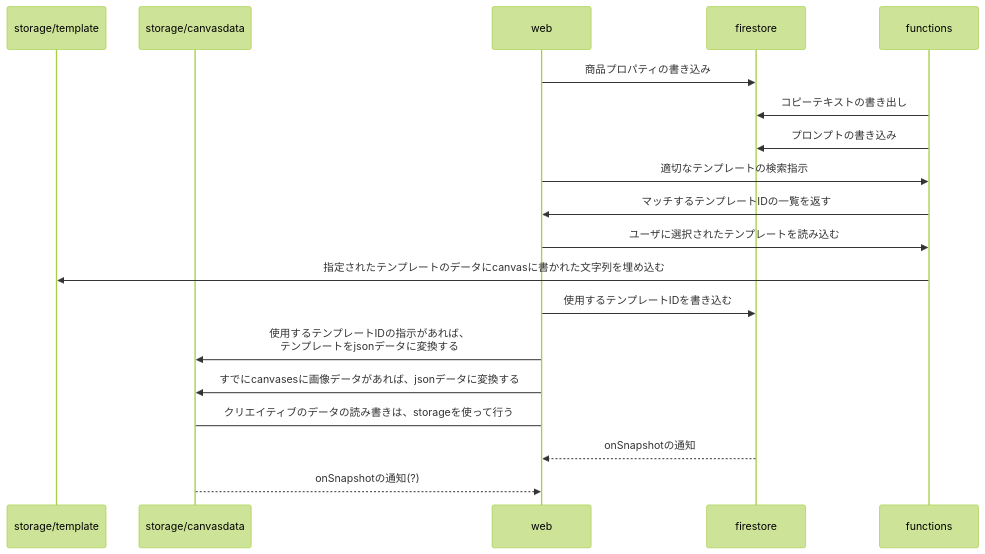
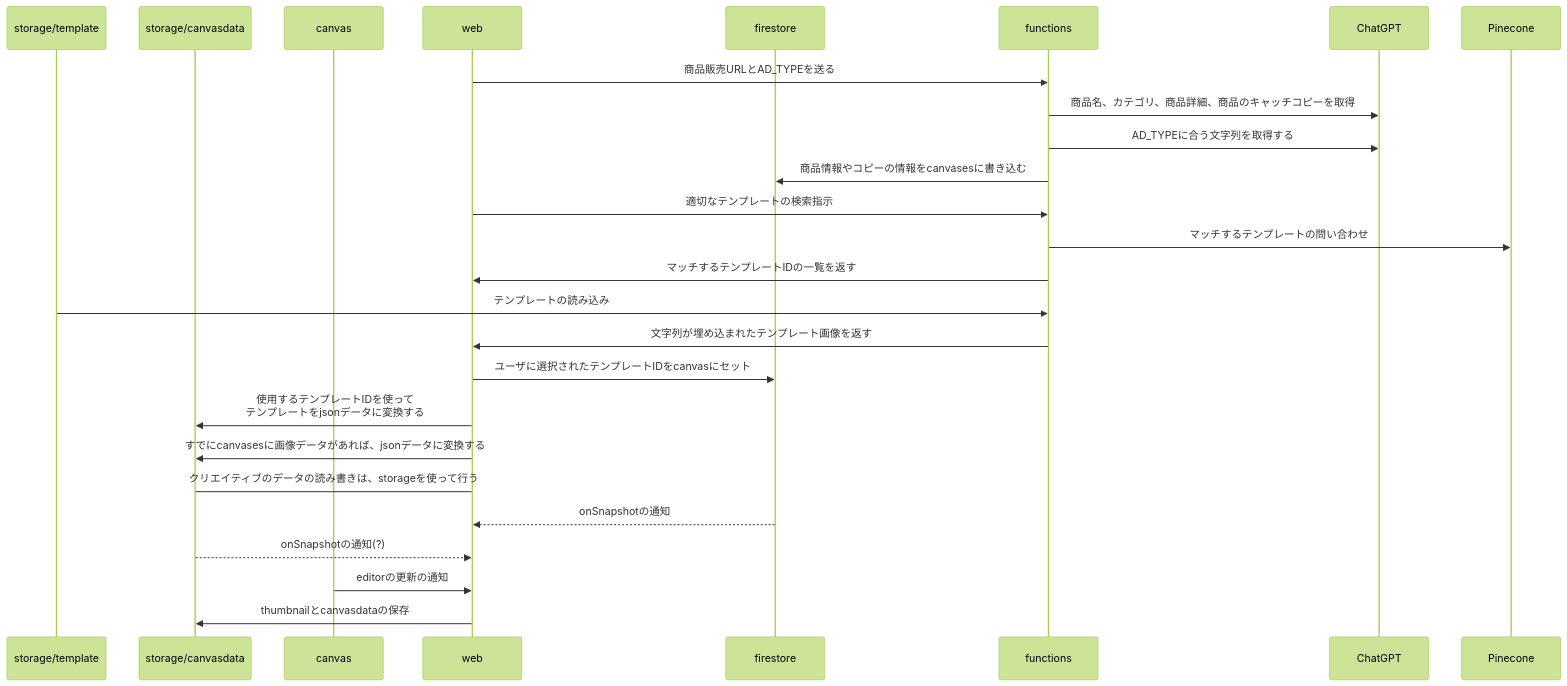
The diagram in README.md (tipo122/synapse-genius), drawn with Mermaid (forest theme) before and after one commit. The commit also changed 4 other files, not shown here.

````diff
--- a/README.md
+++ b/README.md
@@ -248,23 +248,30 @@
 ```mermaid
 sequenceDiagram
    participant storage/template
    participant storage/canvasdata
+   participant canvas
    participant web
    participant firestore
-   participant firestore
    participant functions
-   web->>firestore: 商品プロパティの書き込み
-   functions->>firestore: コピーテキストの書き出し
-   functions->>firestore: プロンプトの書き込み
+   participant ChatGPT
+   participant Pinecone
+   web->>functions: 商品販売URLとAD_TYPEを送る
+   functions->>ChatGPT: 商品名、カテゴリ、商品詳細、商品のキャッチコピーを取得
+   functions->>ChatGPT: AD_TYPEに合う文字列を取得する
+   functions->>firestore: 商品情報やコピーの情報をcanvasesに書き込む
    web->>functions: 適切なテンプレートの検索指示
+   functions->>Pinecone: マッチするテンプレートの問い合わせ
    functions->>web: マッチするテンプレートIDの一覧を返す
-   web->>functions: ユーザに選択されたテンプレートを読み込む
-   functions->>storage/template: 指定されたテンプレートのデータにcanvasに書かれた文字列を埋め込む
-   web->>firestore: 使用するテンプレートIDを書き込む
-   web->>storage/canvasdata: 使用するテンプレートIDの指示があれば、<br>テンプレートをjsonデータに変換する
+   storage/template->>functions: テンプレートの読み込み
+   functions->>web: 文字列が埋め込まれたテンプレート画像を返す
+   web->>firestore: ユーザに選択されたテンプレートIDをcanvasにセット
+   web->>storage/canvasdata: 使用するテンプレートIDを使って<br>テンプレートをjsonデータに変換する
    web->>storage/canvasdata:すでにcanvasesに画像データがあれば、jsonデータに変換する
    web->storage/canvasdata: クリエイティブのデータの読み書きは、storageを使って行う
    firestore-->>web: onSnapshotの通知
    storage/canvasdata-->>web: onSnapshotの通知(?)
+   canvas->>web: editorの更新の通知
+   web->>storage/canvasdata: thumbnailとcanvasdataの保存
+   
 
 ```
````
